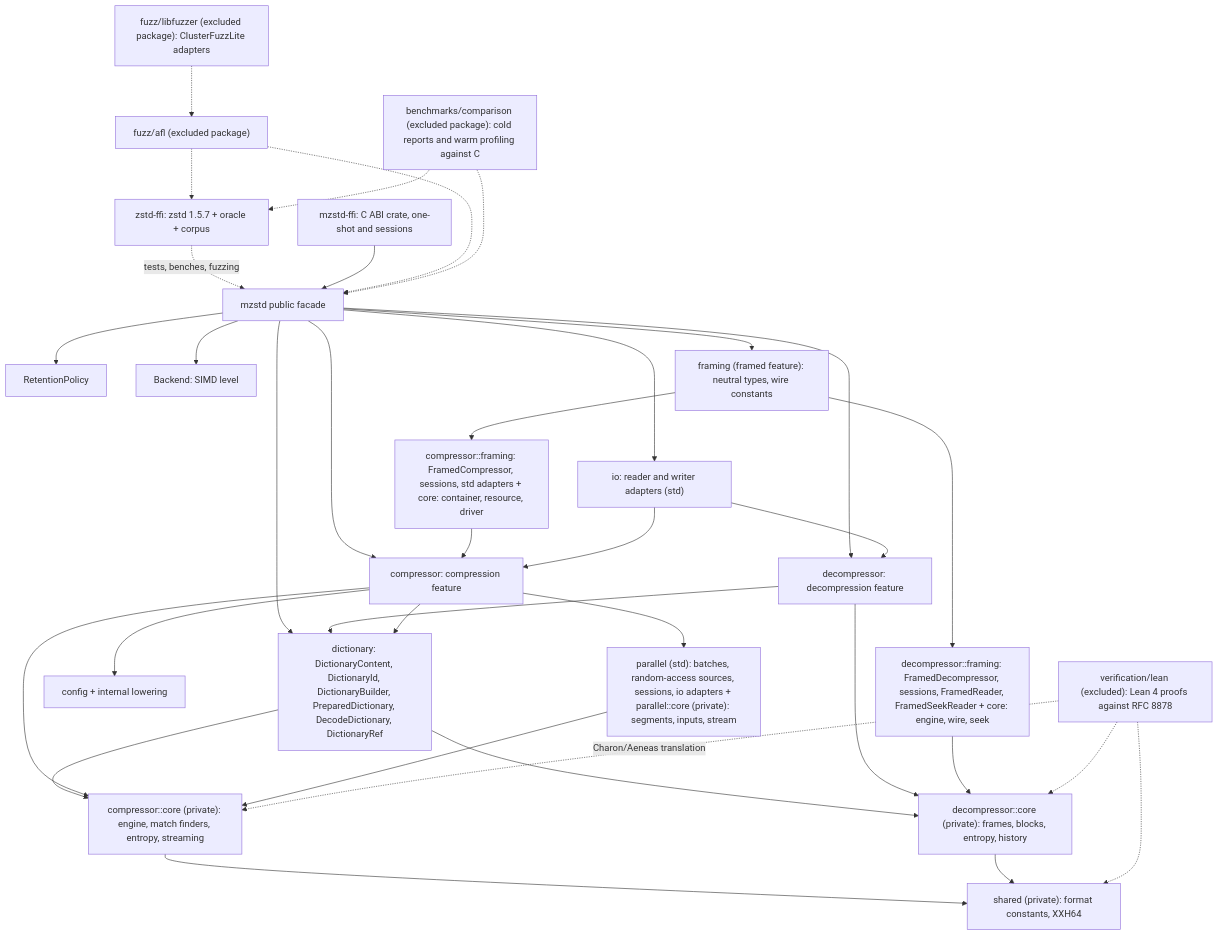
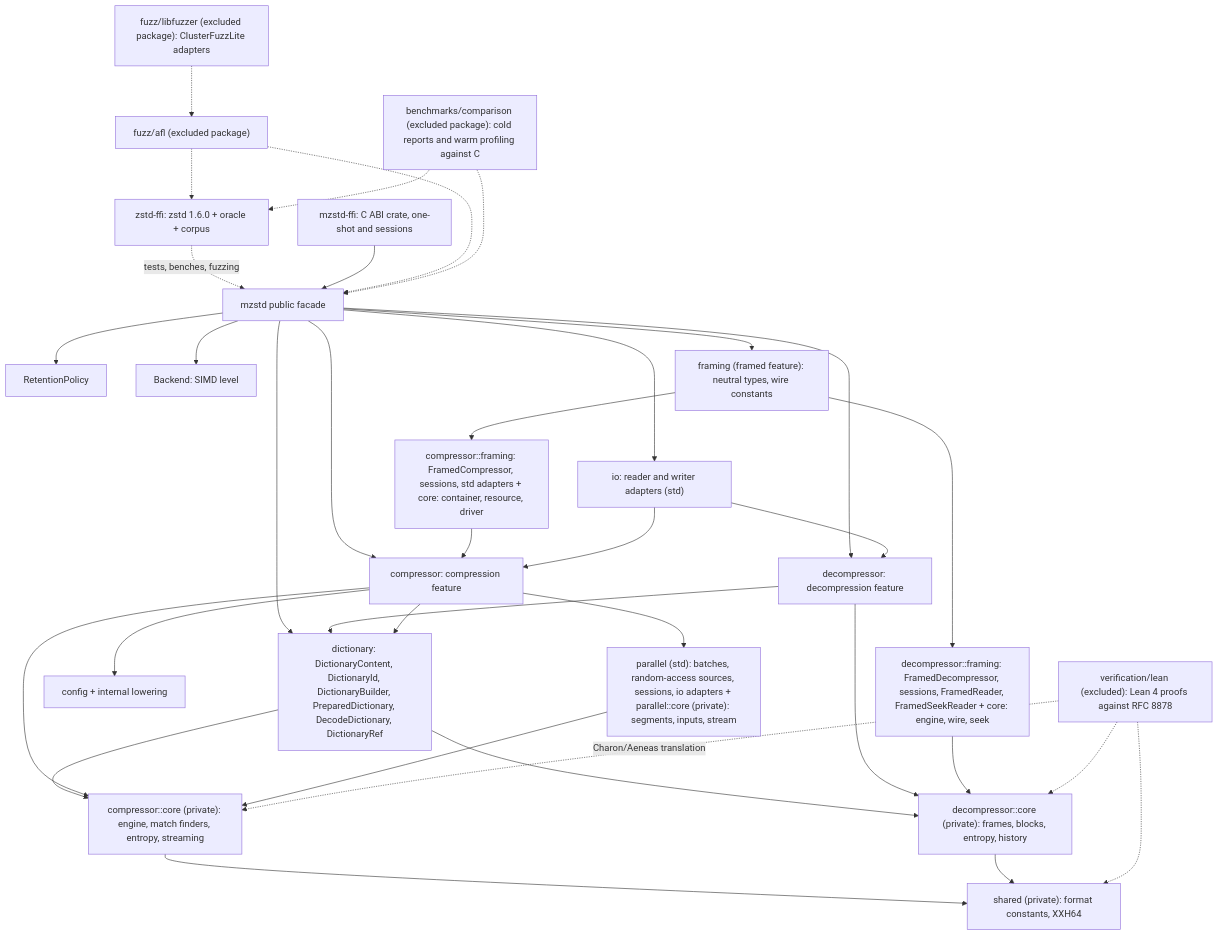
Before and after one commit to M-Compressors/mzstd: the diagram in architecture/README.md, drawn with Mermaid. The commit also changed other lines of this file and 63 other files, not shown here.

````diff
--- a/architecture/README.md
+++ b/architecture/README.md
@@ -30,37 +30,37 @@
 ```mermaid
 graph TD
     Root[mzstd public facade] --> Encode[compressor: compression feature]
     Root --> Decode[decompressor: decompression feature]
     Root --> Ret[RetentionPolicy]
     Root --> Back[Backend: SIMD level]
     Root --> IO["io: reader and writer adapters (std)"]
     Root --> Dict["dictionary: DictionaryContent, DictionaryId, DictionaryBuilder, PreparedDictionary, DecodeDictionary, DictionaryRef"]
     Decode --> Dict
     Encode --> Dict
     Dict --> DCore
     Dict --> ECore
     Encode --> Cfg[config + internal lowering]
     Encode --> ECore["compressor::core (private): engine, match finders, entropy, streaming"]
     Encode --> Par["parallel (std): batches, random-access sources, sessions, io adapters + parallel::core (private): segments, inputs, stream"]
     Par --> ECore
     Decode --> DCore["decompressor::core (private): frames, blocks, entropy, history"]
     Root --> Framing["framing (framed feature): neutral types, wire constants"]
     Framing --> FEnc["compressor::framing: FramedCompressor, sessions, std adapters + core: container, resource, driver"]
     Framing --> FDec["decompressor::framing: FramedDecompressor, sessions, FramedReader, FramedSeekReader + core: engine, wire, seek"]
     FEnc --> Encode
     FDec --> DCore
     ECore --> Shared["shared (private): format constants, XXH64"]
     DCore --> Shared
     IO --> Encode
     IO --> Decode
-    Ref["zstd-ffi: zstd 1.5.7 + oracle + corpus"] -. tests, benches, fuzzing .-> Root
+    Ref["zstd-ffi: zstd 1.6.0 + oracle + corpus"] -. tests, benches, fuzzing .-> Root
     CABI["mzstd-ffi: C ABI crate, one-shot and sessions"] --> Root
     Fuzz["fuzz/afl (excluded package)"] -.-> Root
     Fuzz -.-> Ref
     LibFuzz["fuzz/libfuzzer (excluded package): ClusterFuzzLite adapters"] -.-> Fuzz
     Cmp["benchmarks/comparison (excluded package): cold reports and warm profiling against C"] -.-> Root
     Cmp -.-> Ref
     Lean["verification/lean (excluded): Lean 4 proofs against RFC 8878"] -. Charon/Aeneas translation .-> ECore
     Lean -.-> DCore
     Lean -.-> Shared
 ```
````
